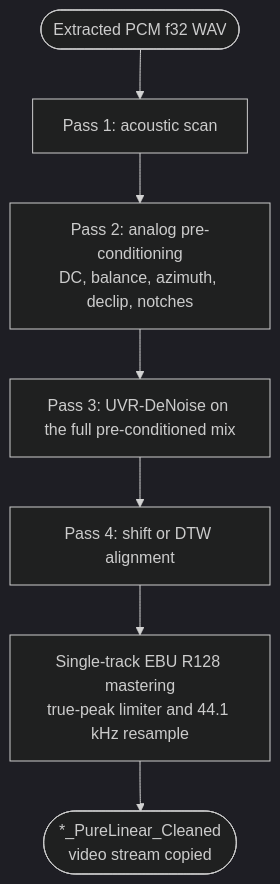
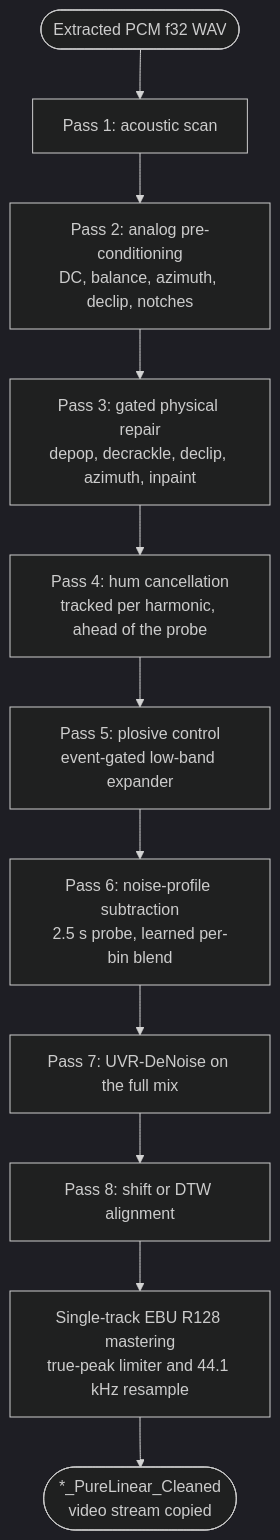
One commit to ventura8/AI-Hybrid-VHS-Audio-Restorer changed the sixth of 13 diagrams in docs/architecture.md. Above: the diagram before and after it, drawn with Mermaid (dark theme). The commit also changed 2 other files, not shown here.

Commit message:
Document the new auto_pure_linear stages and their measurements
configuration.md carries every new apl_* knob with the number that set it;
pipeline_logic.md and architecture.md show the chain in its new order --
gated repair, hum cancellation, plosive control, subtraction, the neural
stage -- and the runner the stages go through.

````diff
--- a/docs/architecture.md
+++ b/docs/architecture.md
@@ -246,9 +246,13 @@
 ```mermaid
 flowchart TD
     A(["Extracted PCM f32 WAV"]) --> S["Pass 1: acoustic scan"]
     S --> P["Pass 2: analog pre-conditioning\nDC, balance, azimuth, declip, notches"]
-    P --> D["Pass 3: UVR-DeNoise on the full pre-conditioned mix"]
-    D --> Y["Pass 4: shift or DTW alignment"]
+    P --> R["Pass 3: gated physical repair\ndepop, decrackle, declip, azimuth, inpaint"]
+    R --> H["Pass 4: hum cancellation\ntracked per harmonic, ahead of the probe"]
+    H --> B["Pass 5: plosive control\nevent-gated low-band expander"]
+    B --> N["Pass 6: noise-profile subtraction\n2.5 s probe, learned per-bin blend"]
+    N --> D["Pass 7: UVR-DeNoise on the full mix"]
+    D --> Y["Pass 8: shift or DTW alignment"]
     Y --> M["Single-track EBU R128 mastering\ntrue-peak limiter and 44.1 kHz resample"]
     M --> O(["*_PureLinear_Cleaned\nvideo stream copied"])
 ```
````
